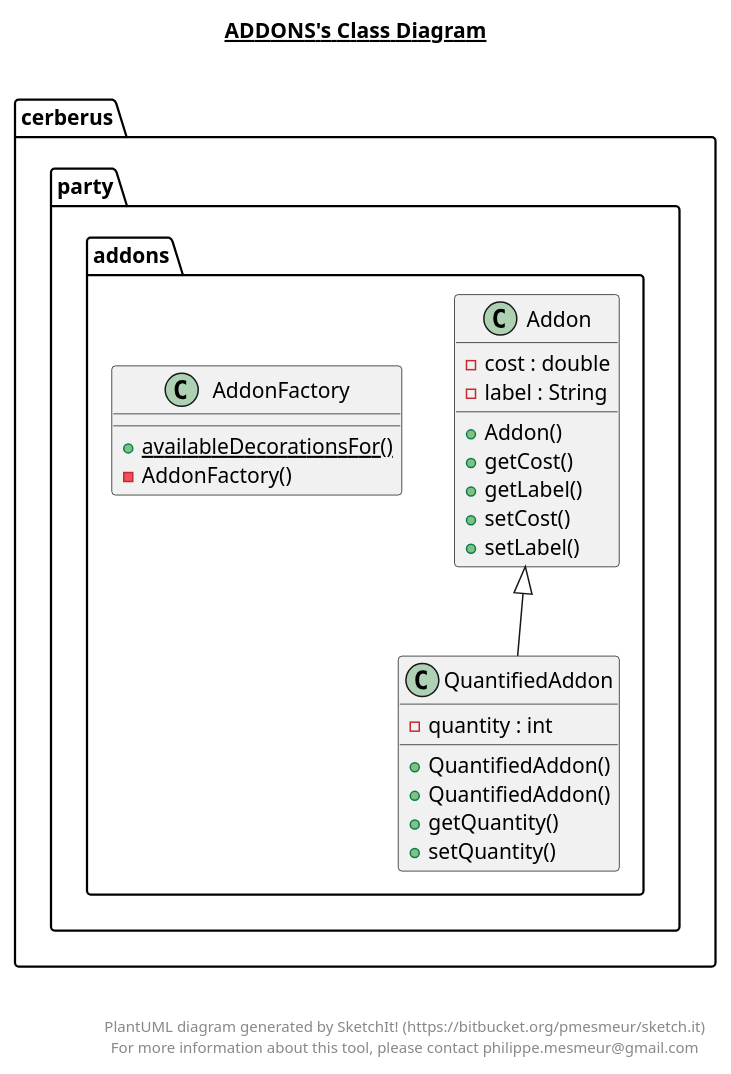
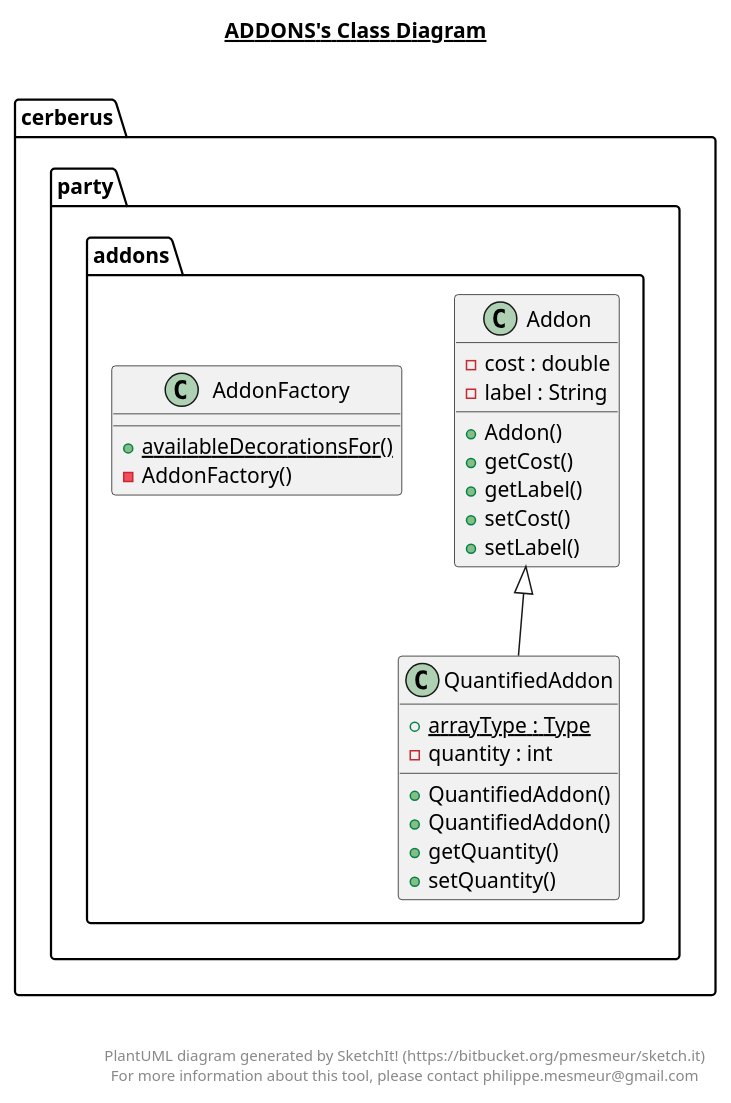
The diagram in src/main/java/cerberus/party/addons/addons.plantuml (m-haisham/PartyPlanner), drawn with PlantUML before and after one commit. The commit also changed 28 other files, not shown here.

```diff
--- a/src/main/java/cerberus/party/addons/addons.plantuml
+++ b/src/main/java/cerberus/party/addons/addons.plantuml
@@ -1,59 +1,60 @@
 @startuml
 
 title __ADDONS's Class Diagram__\n
 
   namespace cerberus {
     namespace party {
       namespace addons {
         class cerberus.party.addons.Addon {
             - cost : double
             - label : String
             + Addon()
             + getCost()
             + getLabel()
             + setCost()
             + setLabel()
         }
       }
     }
   }
   
 
   namespace cerberus {
     namespace party {
       namespace addons {
         class cerberus.party.addons.AddonFactory {
             {static} + availableDecorationsFor()
             - AddonFactory()
         }
       }
     }
   }
   
 
   namespace cerberus {
     namespace party {
       namespace addons {
         class cerberus.party.addons.QuantifiedAddon {
+            {static} + arrayType : Type
             - quantity : int
             + QuantifiedAddon()
             + QuantifiedAddon()
             + getQuantity()
             + setQuantity()
         }
       }
     }
   }
   
 
   cerberus.party.addons.QuantifiedAddon -up-|> cerberus.party.addons.Addon
 
 
 right footer
 
 
 PlantUML diagram generated by SketchIt! (https://bitbucket.org/pmesmeur/sketch.it)
 For more information about this tool, please contact philippe.mesmeur@gmail.com
 endfooter
 
 @enduml
```
